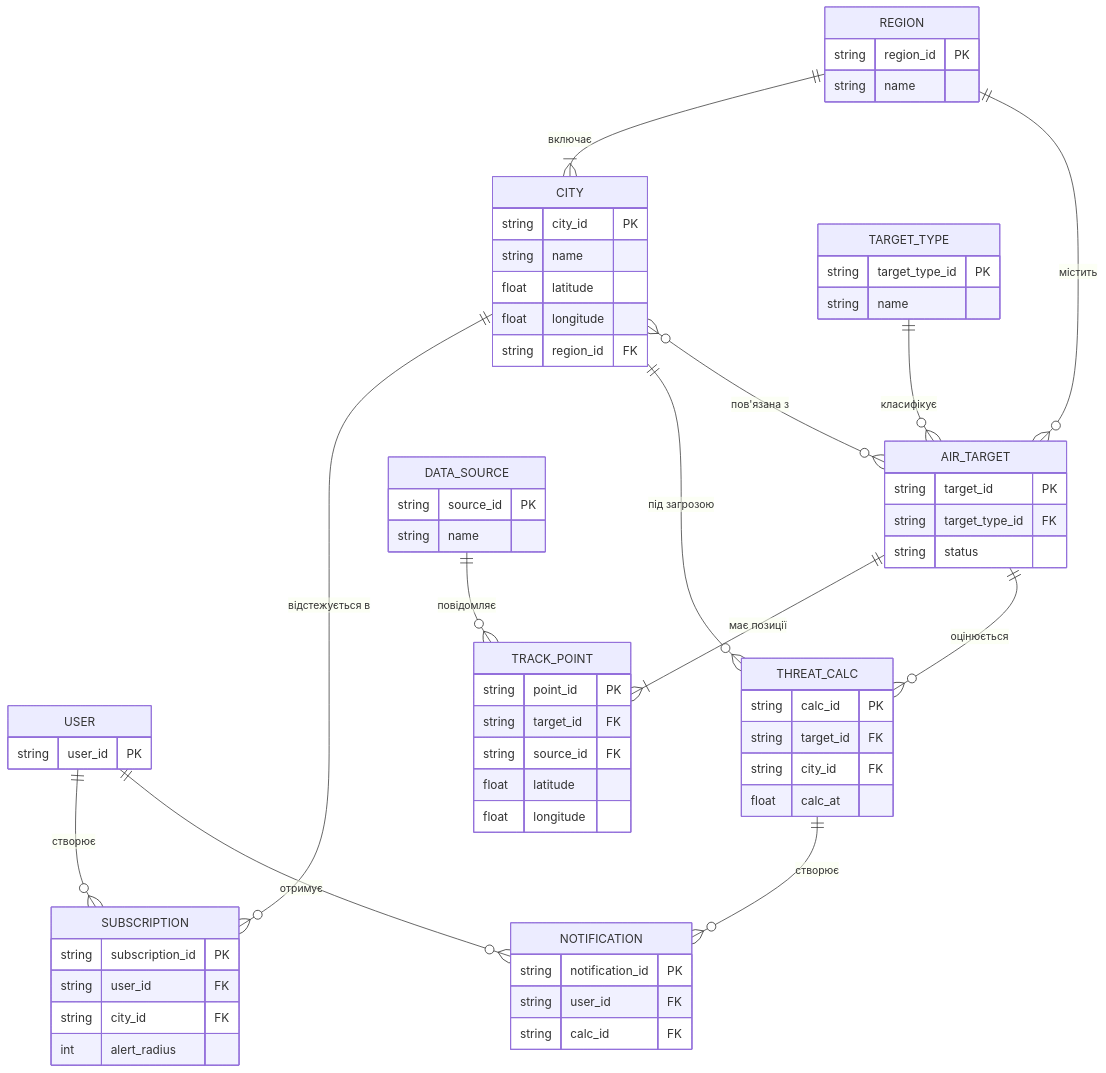
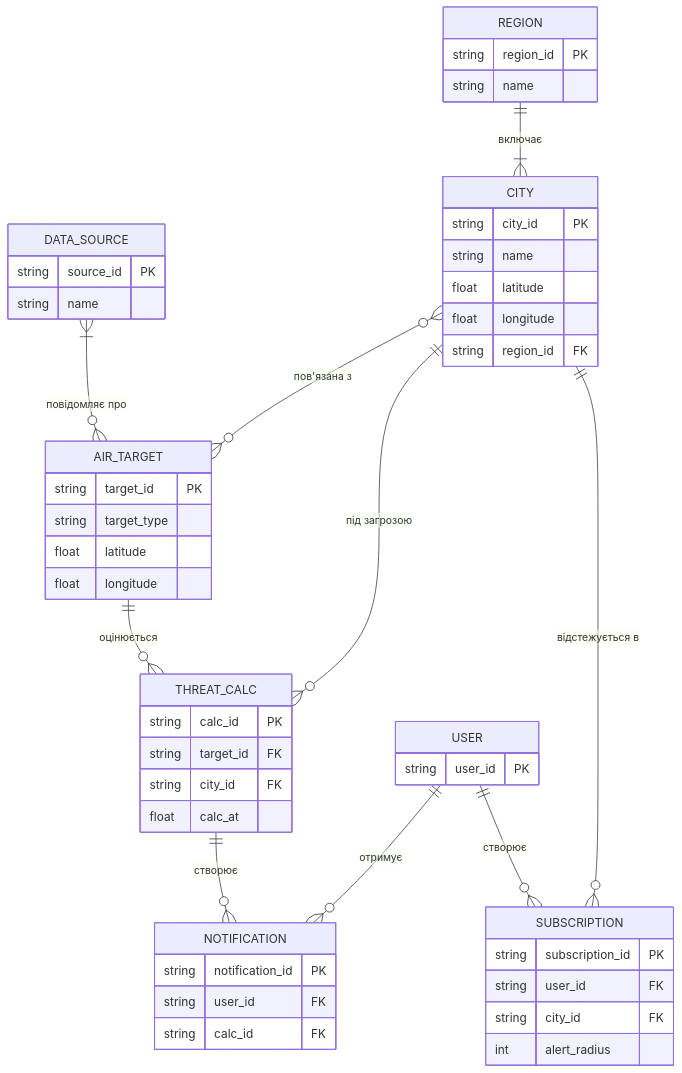
Before and after one commit to acabzonbi/aerial-target-track: the diagram in lab1/model.mmd, drawn with Mermaid.

Commit message:
new spec model

```diff
--- a/lab1/model.mmd
+++ b/lab1/model.mmd
@@ -1,79 +1,62 @@
 erDiagram
     %% Зв'язки, описані в spec.md
     REGION ||--|{ CITY : "включає"
     USER ||--o{ SUBSCRIPTION : "створює"
-    TARGET_TYPE ||--o{ AIR_TARGET : "класифікує"
-    AIR_TARGET ||--|{ TRACK_POINT : "має позиції"
+    DATA_SOURCE }|--o{ AIR_TARGET : "повідомляє про"
+    CITY }o--o{ AIR_TARGET : "пов'язана з"
+    AIR_TARGET ||--o{ THREAT_CALC : "оцінюється"
     THREAT_CALC ||--o{ NOTIFICATION : "створює"
     USER ||--o{ NOTIFICATION : "отримує"
 
     %% Зв'язки, які випливають з FK у spec.md, але не описані в розділі "Зв'язки"
     CITY ||--o{ SUBSCRIPTION : "відстежується в"
-    DATA_SOURCE ||--o{ TRACK_POINT : "повідомляє"
-    AIR_TARGET ||--o{ THREAT_CALC : "оцінюється"
     CITY ||--o{ THREAT_CALC : "під загрозою"
-
-    %% Зв'язки з цілями, описані в spec.md без відповідних FK
-    CITY }o--o{ AIR_TARGET : "пов'язана з"
-    REGION ||--o{ AIR_TARGET : "містить"
 
     REGION {
         string region_id PK
         string name
     }
 
     CITY {
         string city_id PK
         string name
         float latitude
         float longitude
         string region_id FK
     }
 
     USER {
         string user_id PK
     }
 
     SUBSCRIPTION {
         string subscription_id PK
         string user_id FK
         string city_id FK
         int alert_radius
     }
 
-    TARGET_TYPE {
-        string target_type_id PK
-        string name
-    }
-
     AIR_TARGET {
         string target_id PK
-        string target_type_id FK
-        string status
+        string target_type
+        float latitude
+        float longitude
     }
 
     DATA_SOURCE {
         string source_id PK
         string name
-    }
-
-    TRACK_POINT {
-        string point_id PK
-        string target_id FK
-        string source_id FK
-        float latitude
-        float longitude
     }
 
     THREAT_CALC {
         string calc_id PK
         string target_id FK
         string city_id FK
         float calc_at
     }
 
     NOTIFICATION {
         string notification_id PK
         string user_id FK
         string calc_id FK
     }
```
